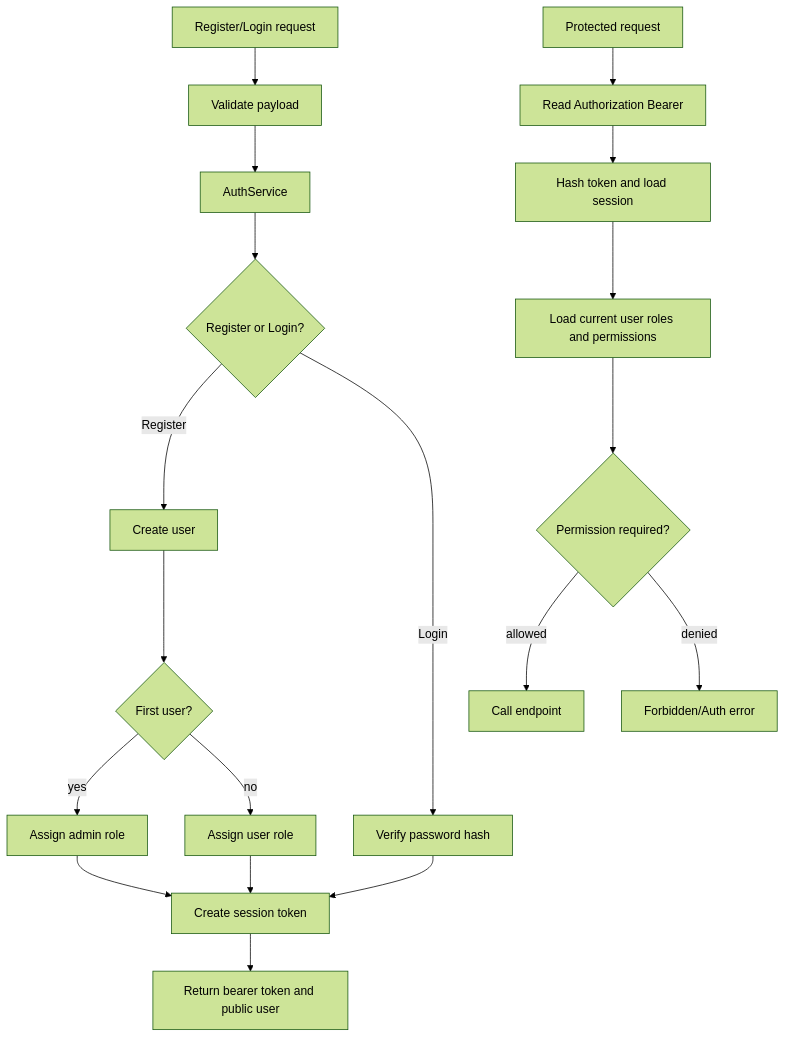
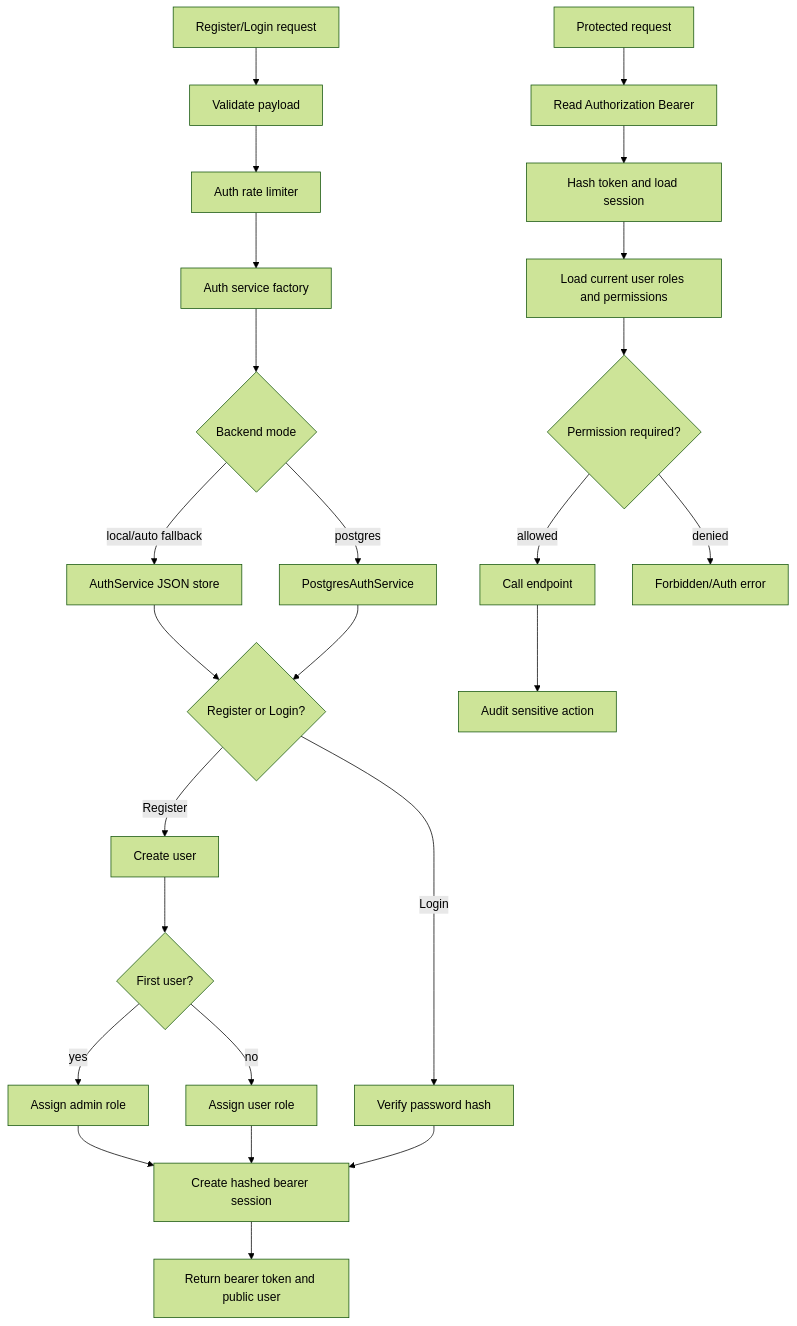
One commit to AnLHN/Web-agent-craw-blog changed the third of 5 diagrams in docs/architecture-pipeline.md. Above: the diagram before and after it, drawn with Mermaid (forest theme). The commit also changed other lines of this file and 45 other files, not shown here.

````diff
--- a/docs/architecture-pipeline.md
+++ b/docs/architecture-pipeline.md
@@ -272,21 +272,27 @@
 ```mermaid
 flowchart TD
     A[Register/Login request] --> B[Validate payload]
-    B --> C[AuthService]
-    C --> D{Register or Login?}
+    B --> B1[Auth rate limiter]
+    B1 --> C[Auth service factory]
+    C --> C1{Backend mode}
+    C1 -- local/auto fallback --> C2[AuthService JSON store]
+    C1 -- postgres --> C3[PostgresAuthService]
+    C2 --> D{Register or Login?}
+    C3 --> D
     D -- Register --> E[Create user]
     E --> F{First user?}
     F -- yes --> G[Assign admin role]
     F -- no --> H[Assign user role]
     D -- Login --> I[Verify password hash]
-    G --> J[Create session token]
+    G --> J[Create hashed bearer session]
     H --> J
     I --> J
     J --> K[Return bearer token and public user]
     L[Protected request] --> M[Read Authorization Bearer]
     M --> N[Hash token and load session]
     N --> O[Load current user roles and permissions]
     O --> P{Permission required?}
     P -- allowed --> Q[Call endpoint]
     P -- denied --> R[Forbidden/Auth error]
+    Q --> S[Audit sensitive action]
 ```
````
